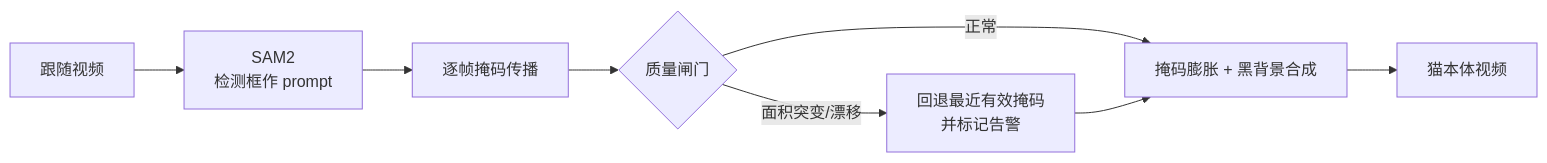
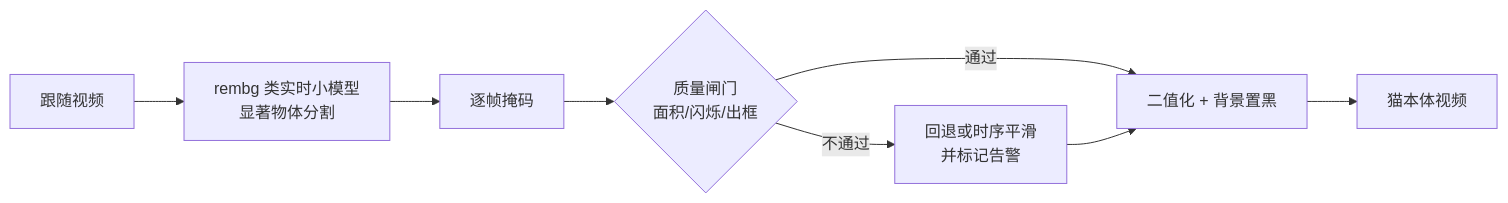
The second of 7 diagrams in management/docs/architecture.md (gongshangzheng/pet-action-recognition), drawn with Mermaid before and after one commit. The commit also changed other lines of this file and 5 other files, not shown here.

First line of the commit message:
feat(bg-removal): 抠像改用 rembg 类实时小模型；新增推理形态/时间尺度待定项

````diff
--- a/management/docs/architecture.md
+++ b/management/docs/architecture.md
@@ -124,10 +124,10 @@
 ```mermaid
 flowchart LR
-    X1[跟随视频] --> X2[SAM2<br/>检测框作 prompt]
-    X2 --> X3[逐帧掩码传播]
-    X3 --> X4{质量闸门}
-    X4 -->|正常| X5[掩码膨胀 + 黑背景合成]
-    X4 -->|面积突变/漂移| X6[回退最近有效掩码<br/>并标记告警]
+    X1[跟随视频] --> X2[rembg 类实时小模型<br/>显著物体分割]
+    X2 --> X3[逐帧掩码]
+    X3 --> X4{质量闸门<br/>面积/闪烁/出框}
+    X4 -->|通过| X5[二值化 + 背景置黑]
+    X4 -->|不通过| X6[回退或时序平滑<br/>并标记告警]
     X6 --> X5
     X5 --> X7[猫本体视频]
 ```
````
